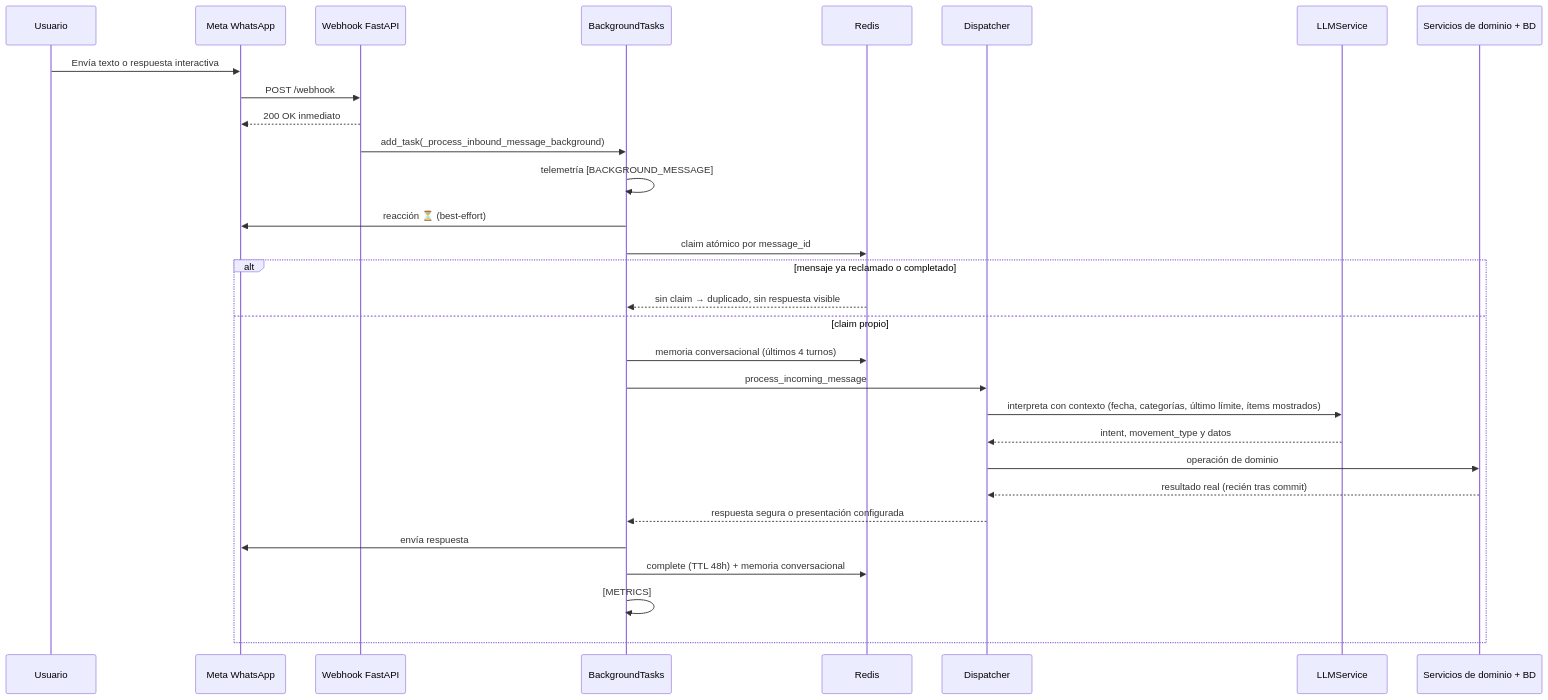
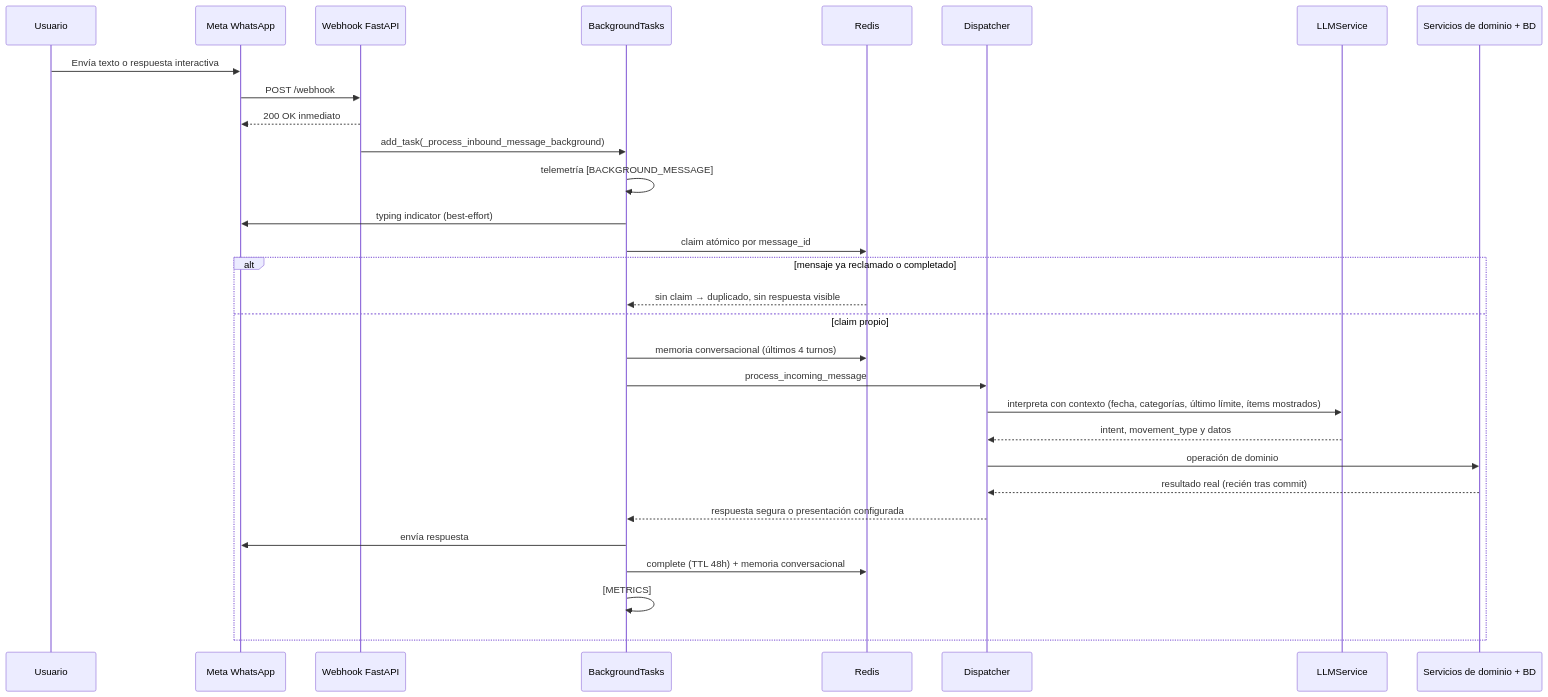
Before and after one commit to blob1618/luka: the diagram in docs/architecture.md, drawn with Mermaid. The commit also changed other lines of this file and 2 other files, not shown here.

Commit message:
fix(STK-222): replace persistent acknowledgement with typing indicator

````diff
--- a/docs/architecture.md
+++ b/docs/architecture.md
@@ -66,33 +66,33 @@
 ```mermaid
 sequenceDiagram
     participant U as Usuario
     participant M as Meta WhatsApp
     participant W as Webhook FastAPI
     participant B as BackgroundTasks
     participant R as Redis
     participant D as Dispatcher
     participant L as LLMService
     participant S as Servicios de dominio + BD
 
     U->>M: Envía texto o respuesta interactiva
     M->>W: POST /webhook
     W-->>M: 200 OK inmediato
     W->>B: add_task(_process_inbound_message_background)
     B->>B: telemetría [BACKGROUND_MESSAGE]
-    B->>M: reacción ⏳ (best-effort)
+    B->>M: typing indicator (best-effort)
     B->>R: claim atómico por message_id
     alt mensaje ya reclamado o completado
         R-->>B: sin claim → duplicado, sin respuesta visible
     else claim propio
         B->>R: memoria conversacional (últimos 4 turnos)
         B->>D: process_incoming_message
         D->>L: interpreta con contexto (fecha, categorías, último límite, ítems mostrados)
         L-->>D: intent, movement_type y datos
         D->>S: operación de dominio
         S-->>D: resultado real (recién tras commit)
         D-->>B: respuesta segura o presentación configurada
         B->>M: envía respuesta
         B->>R: complete (TTL 48h) + memoria conversacional
         B->>B: [METRICS]
     end
 ```
````
